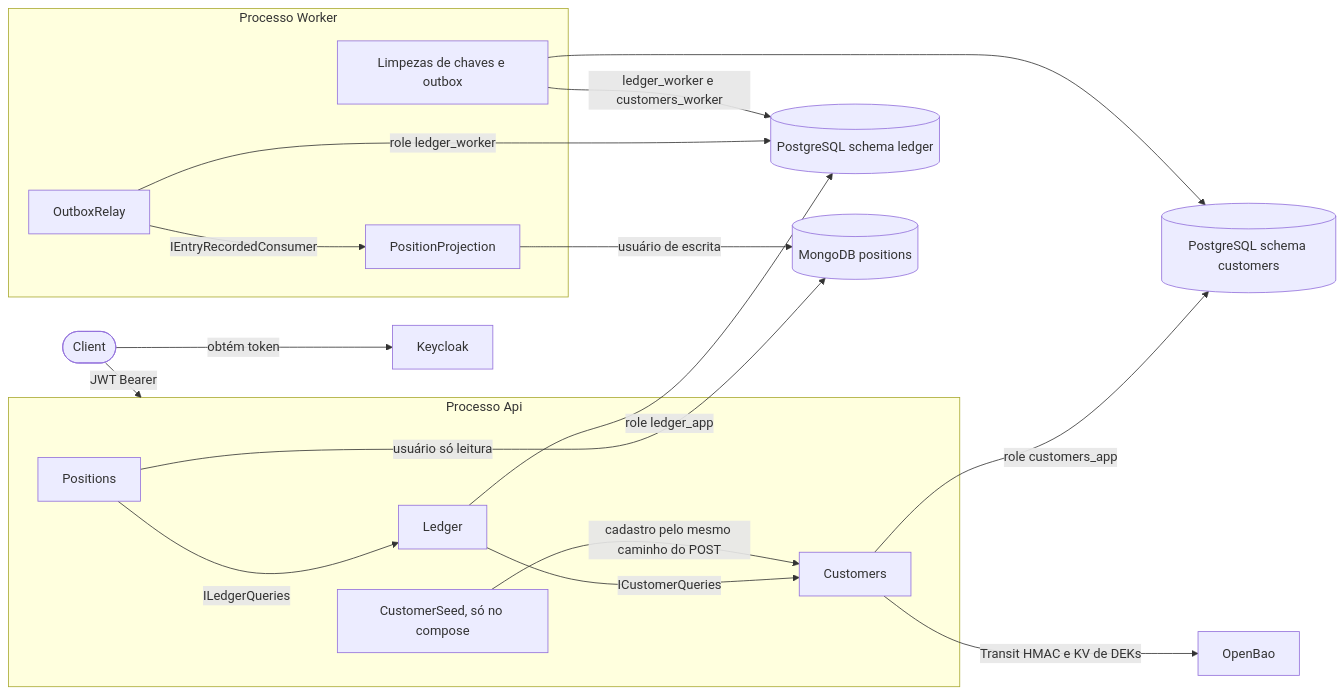
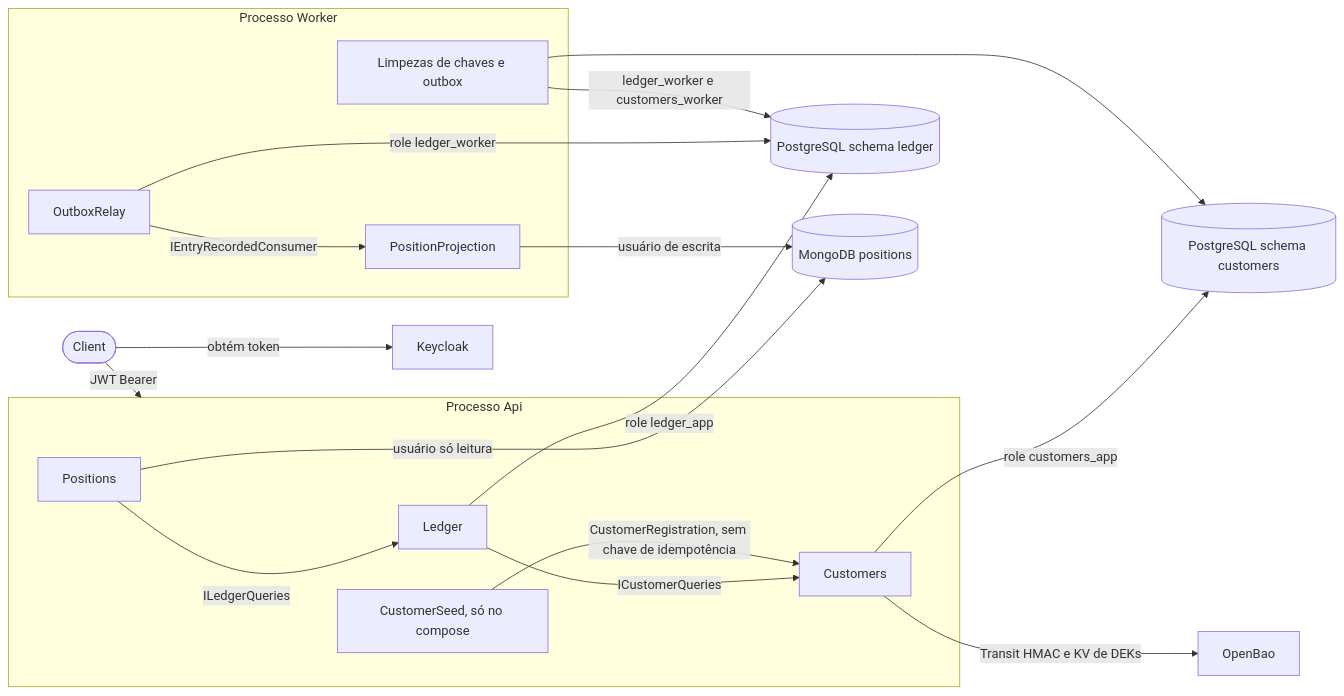
Before and after one commit to arthuurw/desafio-arquiteto-keyrus: the first of 2 diagrams in docs/arquitetura/README.md, drawn with Mermaid. The commit also changed other lines of this file and 2 other files, not shown here.

Commit message:
docs(fluxos): close the second flow check against HEAD
- personal-data audit drawn on every outcome the reader returns
- seed shows the Transit HMAC, the CPF check, its end and the last attempt
- OpenBao 404 is decided by the caller: error on reads, no DEK in the seed
- statement shows the snapshot and projected version reads
- relay skips unknown event types and marks only when something applied
- legend gains opt

````diff
--- a/docs/arquitetura/README.md
+++ b/docs/arquitetura/README.md
@@ -25,35 +26,35 @@
 ```mermaid
 flowchart LR
   C([Client])
   K[Keycloak]
   subgraph API[Processo Api]
     L[Ledger]
     P[Positions]
     CU[Customers]
     S[CustomerSeed, só no compose]
   end
   subgraph WK[Processo Worker]
     R[OutboxRelay]
     PP[PositionProjection]
     PU[Limpezas de chaves e outbox]
   end
   PGL[(PostgreSQL schema ledger)]
   PGC[(PostgreSQL schema customers)]
   M[(MongoDB positions)]
   V[OpenBao]
 
   C -->|obtém token| K
   C -->|JWT Bearer| API
   L -->|role ledger_app| PGL
   CU -->|role customers_app| PGC
   L -->|ICustomerQueries| CU
   P -->|ILedgerQueries| L
   P -->|usuário só leitura| M
   CU -->|Transit HMAC e KV de DEKs| V
-  S -->|cadastro pelo mesmo caminho do POST| CU
+  S -->|CustomerRegistration, sem chave de idempotência| CU
   R -->|role ledger_worker| PGL
   R -->|IEntryRecordedConsumer| PP
   PP -->|usuário de escrita| M
   PU -->|ledger_worker e customers_worker| PGL
   PU --> PGC
 ```
````
